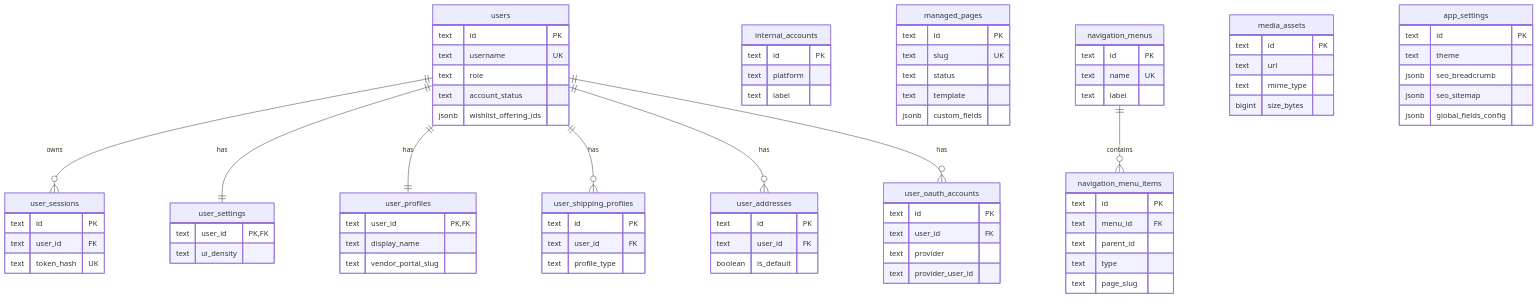
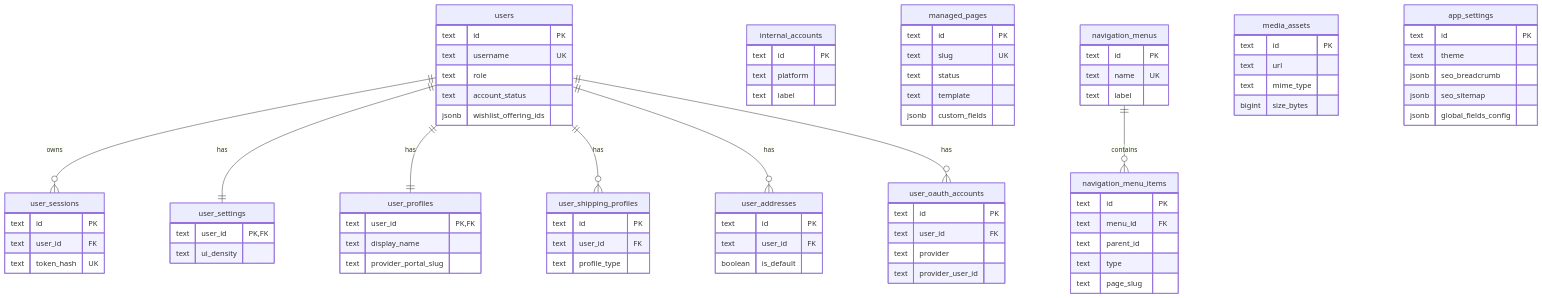
The fifth of 8 diagrams in docs/schema.md (hoangpham2263/pinklove), drawn with Mermaid before and after one commit. The commit also changed other lines of this file and 183 other files, not shown here.

```diff
--- a/docs/schema.md
+++ b/docs/schema.md
@@ -527,7 +539,7 @@
   user_profiles {
     text user_id PK, FK
     text display_name
-    text vendor_portal_slug
+    text provider_portal_slug
   }
 
   user_shipping_profiles {
```
